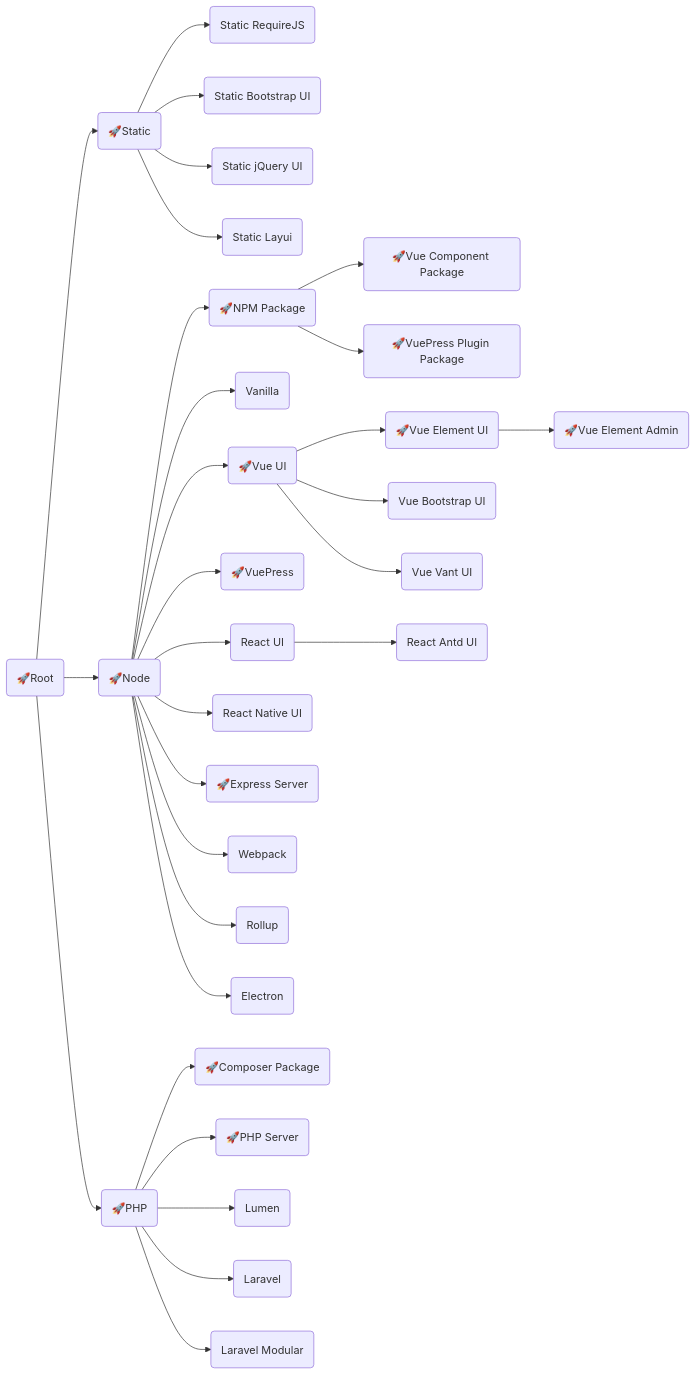
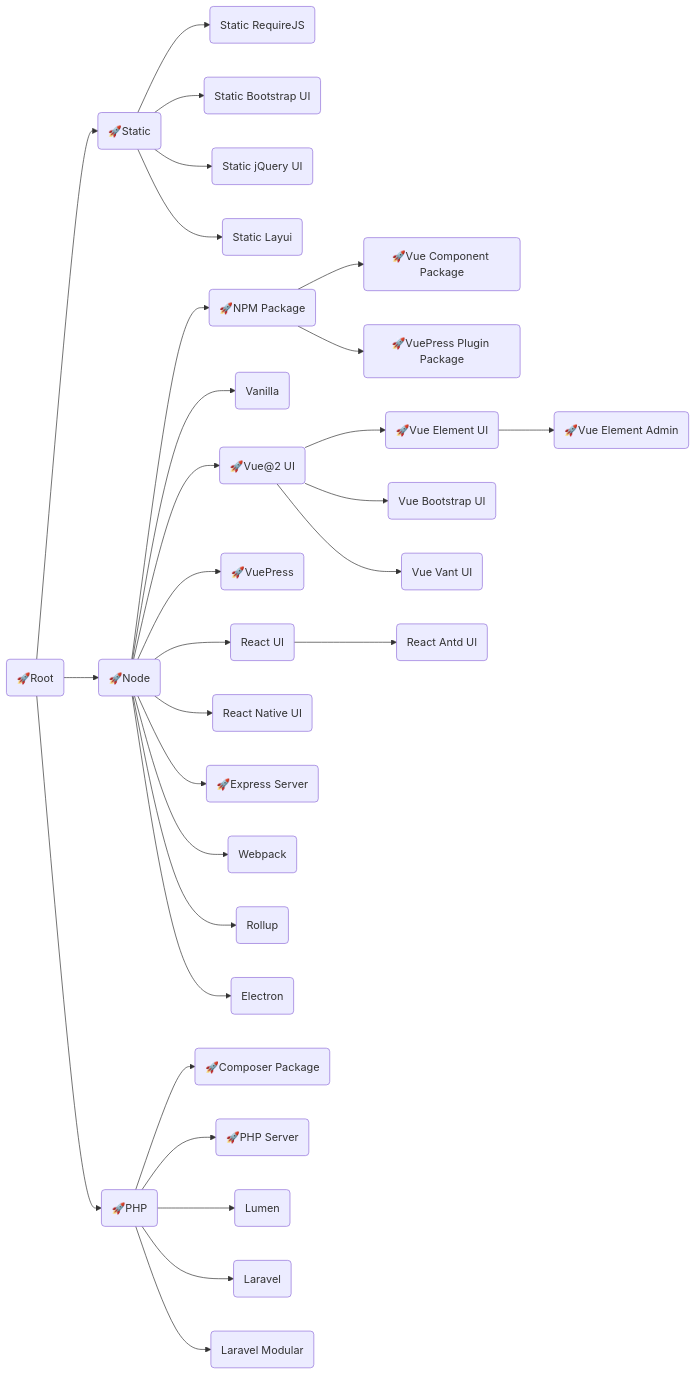
Before and after one commit to langnang-templates/.github: the diagram in profile/README.md, drawn with Mermaid.

````diff
--- a/profile/README.md
+++ b/profile/README.md
@@ -1,49 +1,49 @@
 ```mermaid
 flowchart LR
 Root("🚀Root")
 	click Root "https://github.com/langnang-temp/root" _blank
 
 Root-->Static("🚀Static")
 	click Static "https://github.com/langnang-temp/static" _blank
 	Static-->Static_RequireJS("Static RequireJS")
 	Static-->Static_Bootstrap_UI("Static Bootstrap UI")
 	Static-->Static_jQuery_UI("Static jQuery UI")
 	Static-->Static_Layui("Static Layui")
 Root-->Node("🚀Node")
 	click Node "https://github.com/langnang-temp/node" _blank
 	Node-->NPM_Package("🚀NPM Package")
 		click NPM_Package "https://github.com/langnang-temp/npm-package" _blank
-		NPM_Package-->Vue_UI_Package("🚀Vue Component Package")
-			click Vue_UI_Package "https://github.com/langnang-temp/vue-ui-package" _blank
+		NPM_Package-->Vue2_UI_Package("🚀Vue Component Package")
+			click Vue2_UI_Package "https://github.com/langnang-temp/vue-ui-package" _blank
 		NPM_Package-->VuePress_Plugin_Package("🚀VuePress Plugin Package")
 			click VuePress_Plugin_Package "https://github.com/langnang-temp/vuepress-plugin-package" _blank
 	Node-->Vanilla("Vanilla")
-	Node-->Vue_UI("🚀Vue UI")
-		click Vue_UI "https://github.com/langnang-temp/vue-ui" _blank
-		Vue_UI-->Vue_Element_UI("🚀Vue Element UI")
+	Node-->Vue2_UI("🚀Vue@2 UI")
+		click Vue2_UI "https://github.com/langnang-temp/vue-ui" _blank
+		Vue2_UI-->Vue_Element_UI("🚀Vue Element UI")
 			click Vue_Element_UI "https://github.com/langnang-temp/vue-element-ui" _blank
 			Vue_Element_UI-->Vue_Element_Admin("🚀Vue Element Admin")
 				click Vue_Element_Admin "https://github.com/langnang-temp/vue-element-admin/actions" _blank
-		Vue_UI-->Vue_Bootstrap_UI("Vue Bootstrap UI")
-		Vue_UI-->Vue_Vant_UI("Vue Vant UI")
+		Vue2_UI-->Vue_Bootstrap_UI("Vue Bootstrap UI")
+		Vue2_UI-->Vue_Vant_UI("Vue Vant UI")
 	Node-->VuePress("🚀VuePress")
 		click VuePress "https://github.com/langnang-temp/vuepress" _blank
 	Node-->React_UI("React UI")
 		React_UI-->React_Antd_UI("React Antd UI")
 	Node-->React_Native_UI("React Native UI")
 	Node-->Express_Server("🚀Express Server")
 		click Express_Server "https://github.com/langnang-temp/express-server" _blank
 	Node-->Webpack("Webpack")
 	Node-->Rollup("Rollup")
 	Node-->Electron("Electron")
 
 Root-->PHP("🚀PHP")
 	click PHP "https://github.com/langnang-temp/php" _blank
 	PHP-->Composer_Package("🚀Composer Package")
 	click Composer_Package "https://github.com/langnang-temp/composer-package" _blank
 	PHP-->PHP_Server("🚀PHP Server")
 		click PHP_Server "https://github.com/langnang-temp/php-server" _blank
 	PHP-->Lumen("Lumen")
 	PHP-->Laravel("Laravel")
 	PHP-->Laravel_Modular("Laravel Modular")
 ```
````
